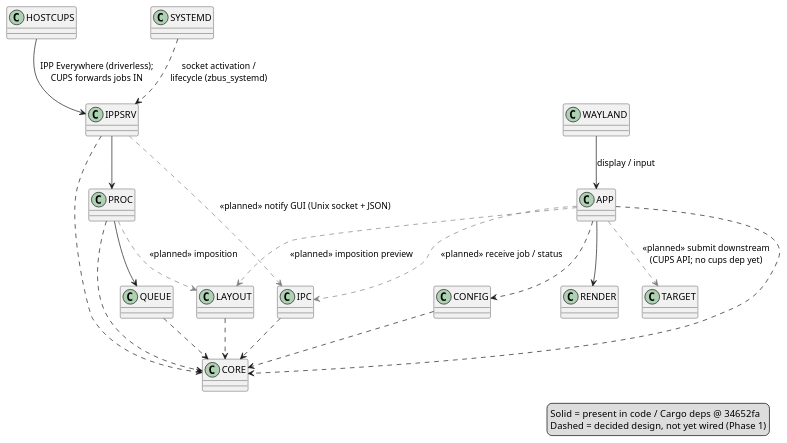
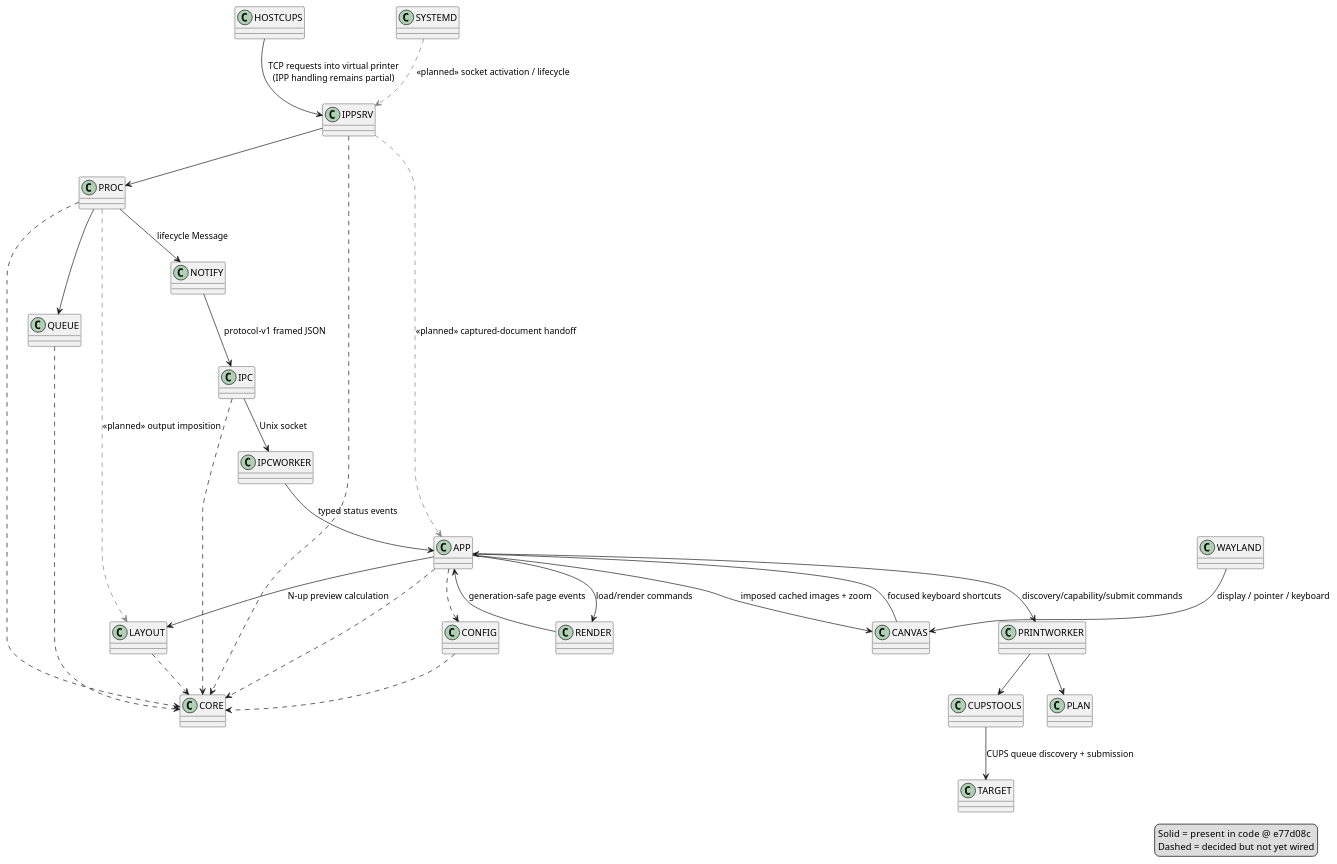
The diagram in docs/uml/C1-component-pg2.puml (GaryScottMartin/Boomaga-IPP), drawn with PlantUML before and after one commit. The commit also changed 15 other files, not shown here.

Commit message:
Reconcile UML through Phase G

```diff
--- a/docs/uml/C1-component-pg2.puml
+++ b/docs/uml/C1-component-pg2.puml
@@ -1,28 +1,38 @@
+
 ' ==== Realized in code (solid) ====
-HOSTCUPS --> IPPSRV        : IPP Everywhere (driverless);\nCUPS forwards jobs IN
+HOSTCUPS --> IPPSRV        : TCP requests into virtual printer\n(IPP handling remains partial)
 IPPSRV --> PROC
 PROC --> QUEUE
+PROC --> NOTIFY            : lifecycle Message
+NOTIFY --> IPC             : protocol-v1 framed JSON
+IPC --> IPCWORKER          : Unix socket
+IPCWORKER --> APP          : typed status events
 IPPSRV ..> CORE
 PROC   ..> CORE
 QUEUE  ..> CORE
 APP    ..> CORE
 APP    ..> CONFIG
+APP --> LAYOUT             : N-up preview calculation
 CONFIG ..> CORE
 LAYOUT ..> CORE
 IPC    ..> CORE
-APP --> RENDER
-WAYLAND --> APP            : display / input
-SYSTEMD ..> IPPSRV         : socket activation /\nlifecycle (zbus_systemd)
+APP --> RENDER             : load/render commands
+RENDER --> APP             : generation-safe page events
+APP --> CANVAS             : imposed cached images + zoom
+CANVAS --> APP             : focused keyboard shortcuts
+APP --> PRINTWORKER        : discovery/capability/submit commands
+PRINTWORKER --> PLAN
+PRINTWORKER --> CUPSTOOLS
+CUPSTOOLS --> TARGET       : CUPS queue discovery + submission
+WAYLAND --> CANVAS         : display / pointer / keyboard
 
-' ==== Decided design, NOT yet wired in code (dashed = Phase 1 gap) ====
-IPPSRV .[#gray,dashed].> IPC    : <<planned>> notify GUI (Unix socket + JSON)
-APP    .[#gray,dashed].> IPC    : <<planned>> receive job / status
-PROC   .[#gray,dashed].> LAYOUT : <<planned>> imposition
-APP    .[#gray,dashed].> LAYOUT : <<planned>> imposition preview
-APP    .[#gray,dashed].> TARGET : <<planned>> submit downstream\n(CUPS API; no cups dep yet)
+' ==== Decided design, not yet wired (dashed) ====
+SYSTEMD .[#gray,dashed].> IPPSRV : <<planned>> socket activation / lifecycle
+PROC   .[#gray,dashed].> LAYOUT  : <<planned>> output imposition
+IPPSRV .[#gray,dashed].> APP     : <<planned>> captured-document handoff
 
 legend right
-  Solid  = present in code / Cargo deps @ 34652fa
-  Dashed = decided design, not yet wired (Phase 1)
+  Solid  = present in code @ e77d08c
+  Dashed = decided but not yet wired
 endlegend
 @enduml
```
